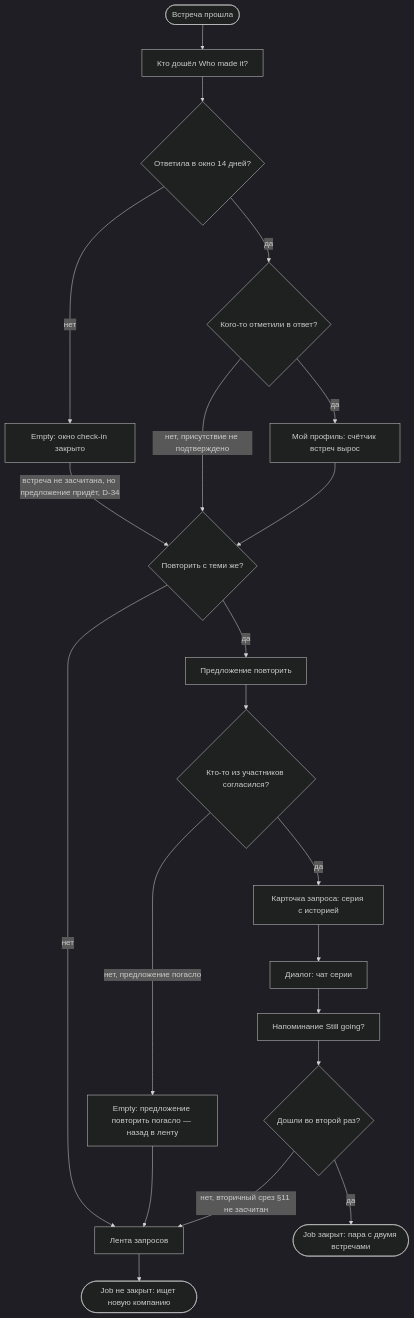
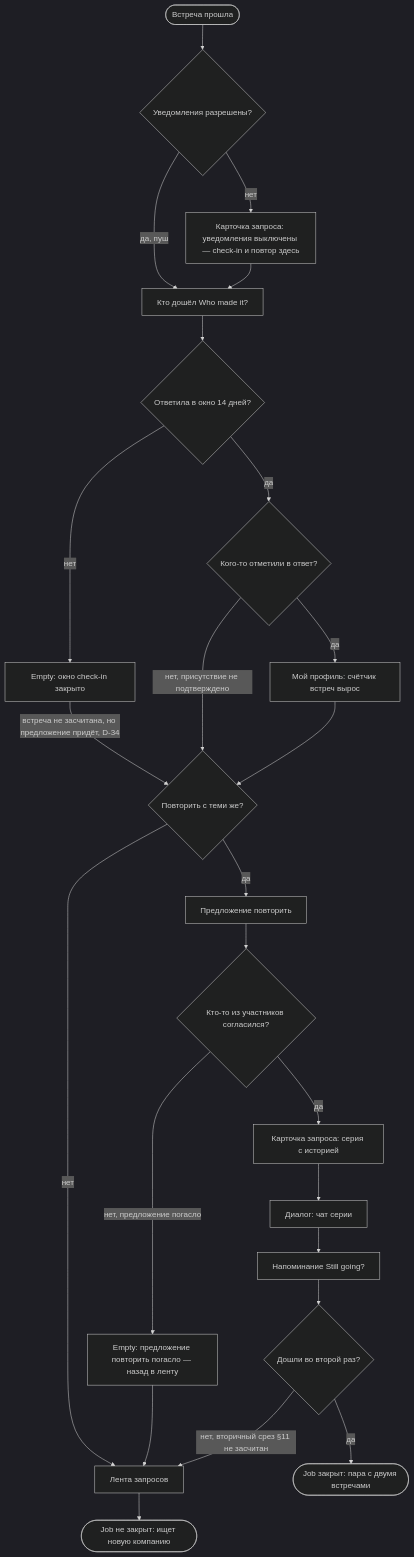
One commit to yulyaklim16-spec/meetmates changed the fourth of 5 diagrams in flows.md. Above: the diagram before and after it, drawn with Mermaid (dark theme). The commit also changed other lines of this file and 3 other files, not shown here.

````diff
--- a/flows.md
+++ b/flows.md
@@ -567,26 +570,29 @@
 ```mermaid
 flowchart TD
-    Start([Встреча прошла]) --> WhoMade[Кто дошёл Who made it?]
+    Start([Встреча прошла]) --> Notif{Уведомления разрешены?}
+    Notif -->|да, пуш| WhoMade[Кто дошёл Who made it?]
+    Notif -->|нет| CardCheck["Карточка запроса: уведомления выключены — check-in и повтор здесь"]
+    CardCheck --> WhoMade
     WhoMade --> InWindow{Ответила в окно 14 дней?}
     InWindow -->|нет| Closed["Empty: окно check-in закрыто"]
     Closed -->|встреча не засчитана, но предложение придёт, D-34| WantAgain{Повторить с теми же?}
     InWindow -->|да| MarkedBack{Кого-то отметили в ответ?}
     MarkedBack -->|нет, присутствие не подтверждено| WantAgain
     MarkedBack -->|да| Profile["Мой профиль: счётчик встреч вырос"]
 
     Profile --> WantAgain
     WantAgain -->|нет| Feed[Лента запросов]
     Feed --> NewSearch(["Job не закрыт: ищет новую компанию"])
     WantAgain -->|да| Offer[Предложение повторить]
 
     Offer --> AnyoneIn{Кто-то из участников согласился?}
     AnyoneIn -->|нет, предложение погасло| OfferDead["Empty: предложение повторить погасло — назад в ленту"]
     OfferDead --> Feed
     AnyoneIn -->|да| Series["Карточка запроса: серия с историей"]
     Series --> SeriesChat["Диалог: чат серии"]
     SeriesChat --> Remind[Напоминание Still going?]
 
     Remind --> SecondTime{Дошли во второй раз?}
     SecondTime -->|нет, вторичный срез §11 не засчитан| Feed
     SecondTime -->|да| Win(["Job закрыт: пара с двумя встречами"])
 ```
````
